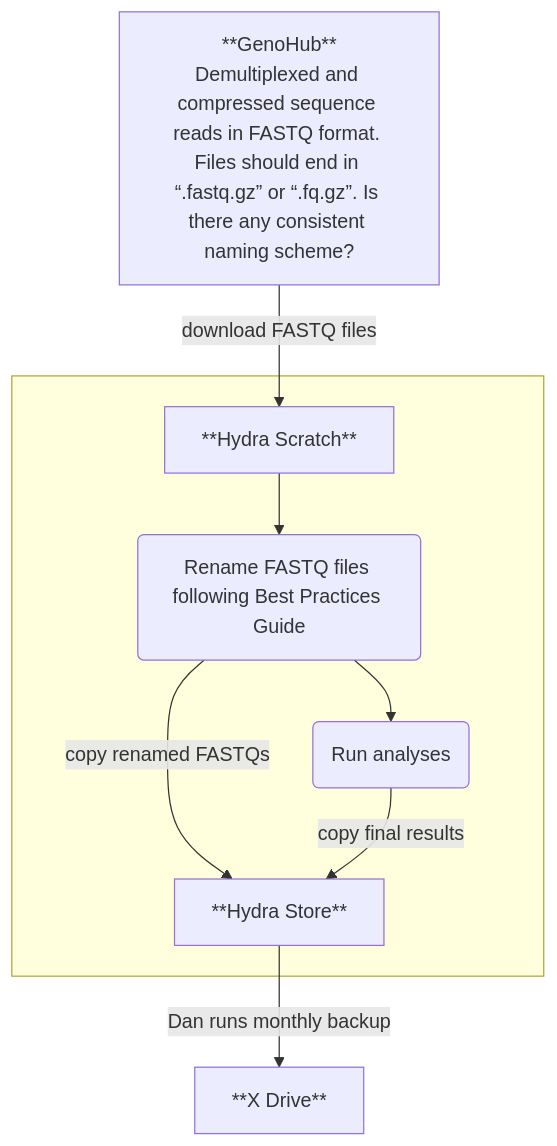
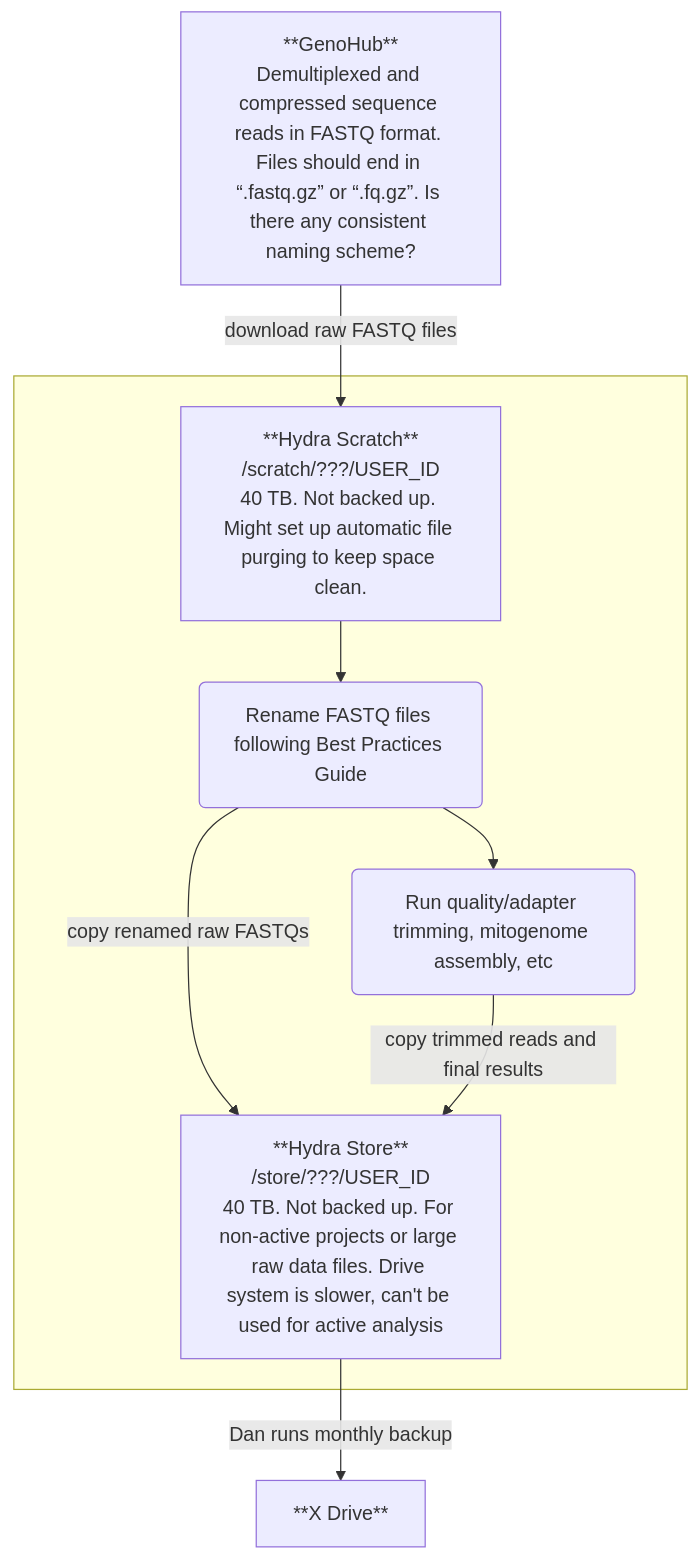
Before and after one commit to Smithsonian/NMNH-Ocean-DNA: the diagram in README.md, drawn with Mermaid.

````diff
--- a/README.md
+++ b/README.md
@@ -5,21 +5,25 @@
 ```mermaid
 graph TD;
 
   GenoHub[**GenoHub**
 Demultiplexed and compressed sequence reads in FASTQ format. Files should end in “.fastq.gz” or “.fq.gz”. Is there any consistent naming scheme?]
   Rename("`Rename FASTQ files following Best Practices Guide`")
-  Analyses(Run analyses)
-  Scratch[**Hydra Scratch**]
-  Store[**Hydra Store**]
+  Analyses(Run quality/adapter trimming, mitogenome assembly, etc)
+  Scratch[**Hydra Scratch**
+/scratch/???/USER_ID
+40 TB. Not backed up. Might set up automatic file purging to keep space clean.]
+  Store[**Hydra Store**
+/store/???/USER_ID
+40 TB. Not backed up. For non-active projects or large raw data files. Drive system is slower, can't be used for active analysis]
   XDrive[**X Drive**]
 
-  GenoHub--download FASTQ files-->Scratch
+  GenoHub--download raw FASTQ files-->Scratch
   subgraph " "
     Scratch-->Rename
     Rename-->Analyses
-    Rename--copy renamed FASTQs-->Store
-    Analyses--copy final results-->Store
+    Rename--copy renamed raw FASTQs-->Store
+    Analyses--copy trimmed reads and final results-->Store
   end
   Store--Dan runs monthly backup-->XDrive
 
 ```
````
